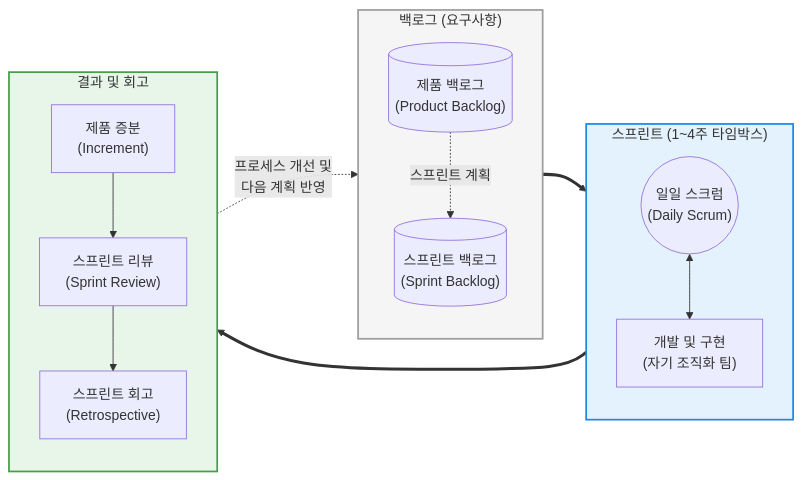
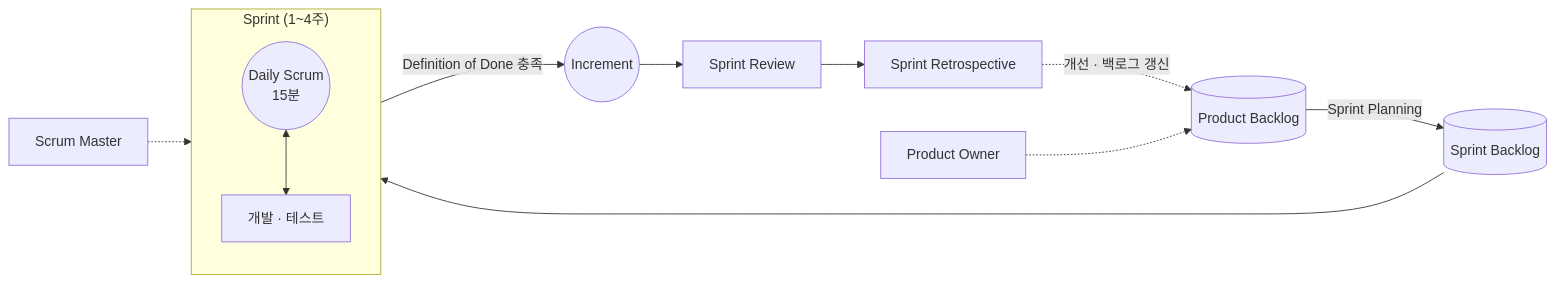
The diagram in content/01_IT Tech/SCRUM.md (supremethumb/supremethumb.github.io), drawn with Mermaid before and after one commit. The commit also changed other lines of this file and 1087 other files, not shown here.

````diff
--- a/content/01_IT Tech/SCRUM.md
+++ b/content/01_IT Tech/SCRUM.md
@@ -27,35 +36,13 @@
 ```mermaid
 flowchart LR
-    subgraph Backlogs ["백로그 (요구사항)"]
+    PB[("Product Backlog")] -->|"Sprint Planning"| SB[("Sprint Backlog")]
+    subgraph Sprint["Sprint (1~4주)"]
         direction TB
-        PB[("제품 백로그<br/>(Product Backlog)")]
-        SB[("스프린트 백로그<br/>(Sprint Backlog)")]
-        PB -. "스프린트 계획" .-> SB
+        DS(("Daily Scrum<br/>15분")) <--> Dev["개발 · 테스트"]
     end
-
-    subgraph Sprint_Loop ["스프린트 (1~4주 타임박스)"]
-        direction TB
-        DS(("일일 스크럼<br/>(Daily Scrum)"))
-        Work["개발 및 구현<br/>(자기 조직화 팀)"]
-        DS <--> Work
-    end
-
-    subgraph Outcomes ["결과 및 회고"]
-        direction TB
-        Inc["제품 증분<br/>(Increment)"]
-        Review["스프린트 리뷰<br/>(Sprint Review)"]
-        Retro["스프린트 회고<br/>(Retrospective)"]
-    end
-
-    SB ==> Sprint_Loop
-    Sprint_Loop ==> Inc
-    Inc --> Review
-    Review --> Retro
-    Retro -. "프로세스 개선 및<br/>다음 계획 반영" .-> Backlogs
-
-    style Backlogs fill:#f5f5f5,stroke:#9e9e9e,stroke-width:2px
-    style Sprint_Loop fill:#e3f2fd,stroke:#1e88e5,stroke-width:2px
-    style Outcomes fill:#e8f5e9,stroke:#43a047,stroke-width:2px
-
-
+    SB --> Sprint -->|"Definition of Done 충족"| INC(("Increment"))
+    INC --> SR["Sprint Review"] --> RET["Sprint Retrospective"]
+    RET -.->|"개선 · 백로그 갱신"| PB
+    PO["Product Owner"] -.-> PB
+    SM["Scrum Master"] -.-> Sprint
 ```
````
